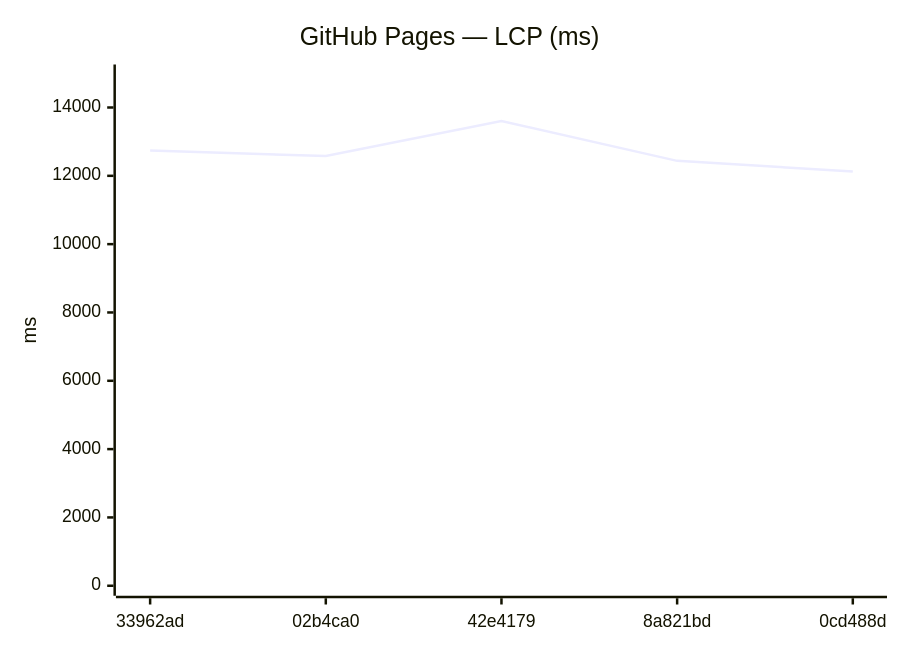
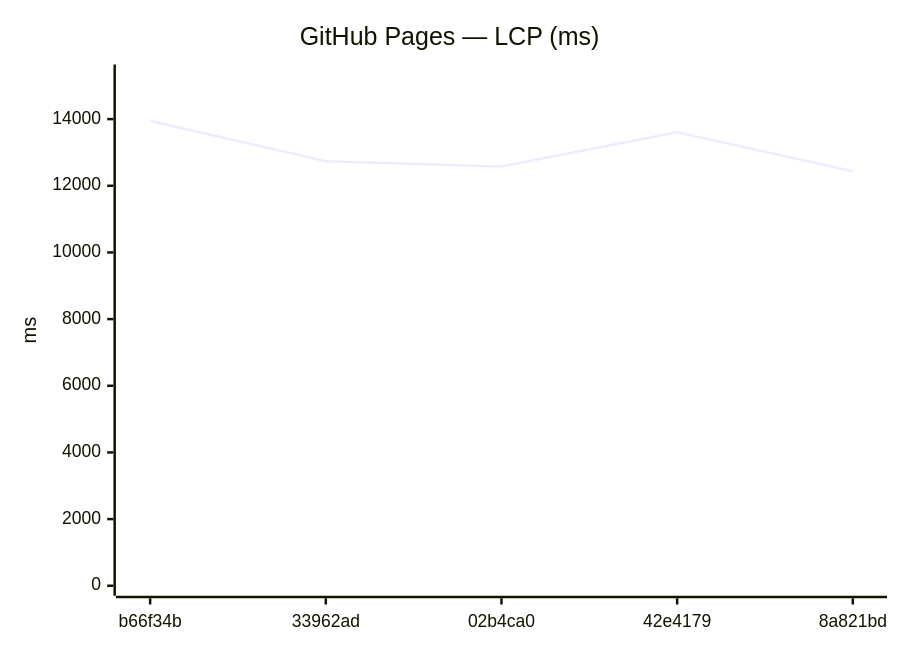
The ninth of 18 diagrams in benchmarks/compare.md (Metaheurist/Rianell), drawn with Mermaid before and after one commit. The commit also changed other lines of this file and 11 other files, not shown here.

````diff
--- a/benchmarks/compare.md
+++ b/benchmarks/compare.md
@@ -142,7 +142,7 @@
 ```mermaid
 xychart-beta
     title "GitHub Pages — LCP (ms)"
-    x-axis ["33962ad", "02b4ca0", "42e4179", "8a821bd", "0cd488d"]
-    y-axis "ms" 0 --> 14966
-    line [12738, 12578, 13605, 12438, 12126]
+    x-axis ["b66f34b", "33962ad", "02b4ca0", "42e4179", "8a821bd"]
+    y-axis "ms" 0 --> 15338
+    line [13943, 12738, 12578, 13605, 12438]
 ```
````
